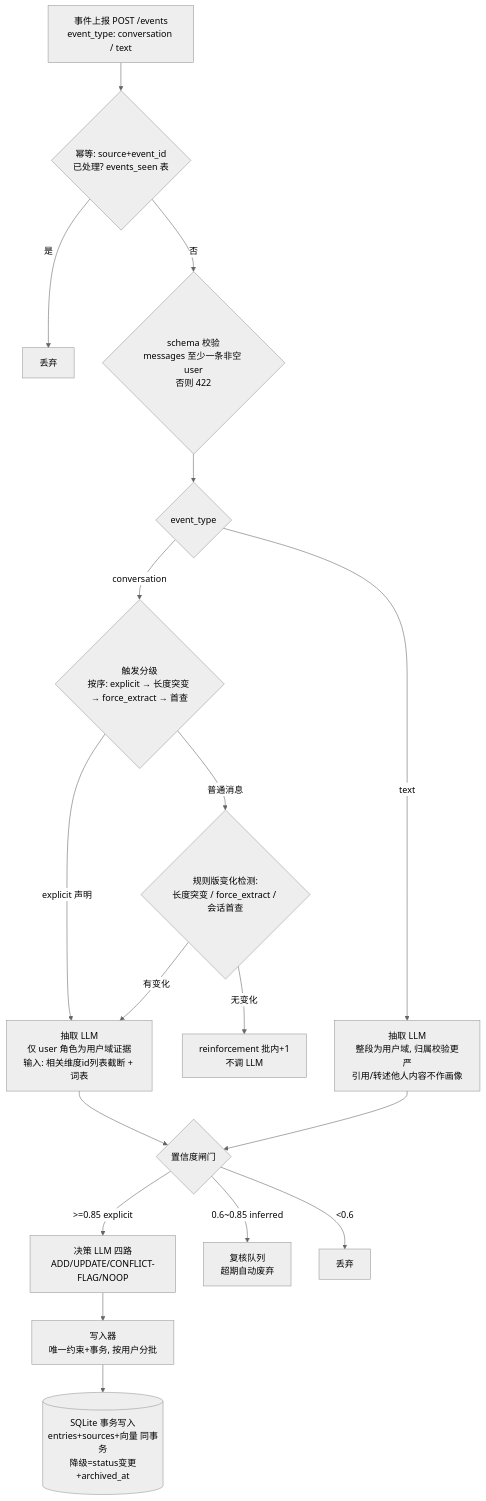
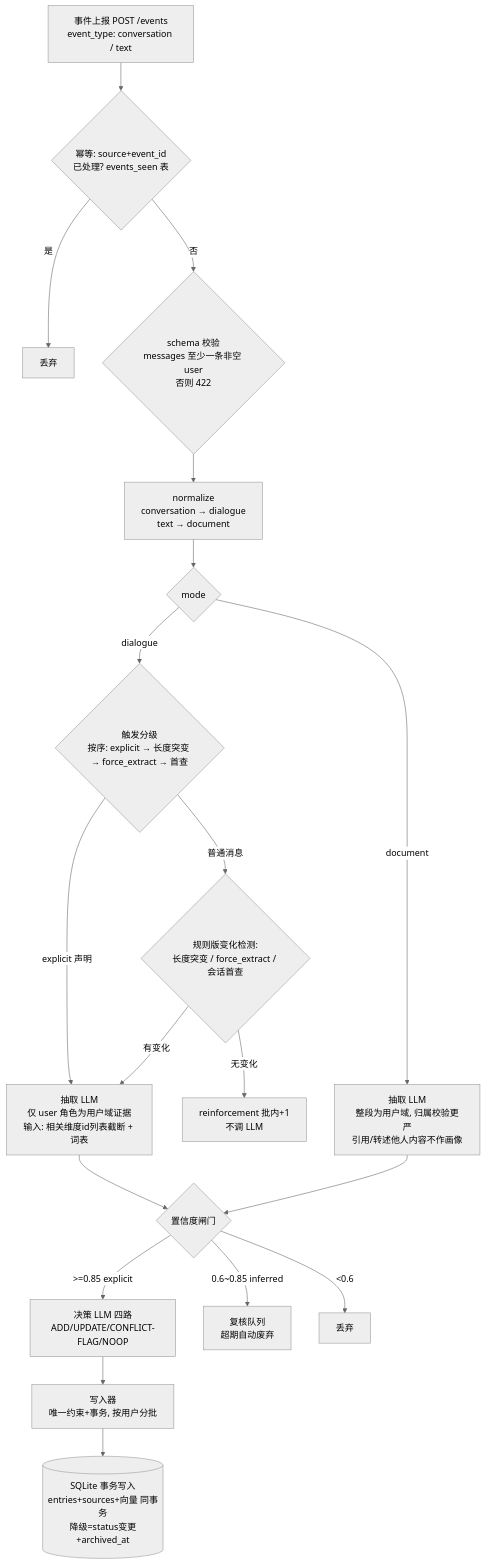
One commit to helyho/pismor changed the second of 3 diagrams in docs/superpowers/specs/2026-11-23-user-profile-memory-design.md. Above: the diagram before and after it, drawn with Mermaid (neutral theme). The commit also changed other lines of this file and 1 other file, not shown here.

Commit message:
docs: 同步 B 层事件规范化到模块表与管线图
- Introduce 模块表新增 normalize.py，trigger/extractor 改为 dialogue/document 口径
- 修正模块表把 runner.py 误写为 pipeline.py
- 主设计文档 §10 流程图插入 normalize → mode 节点，关键机制补内部事件视图说明

````diff
--- a/docs/superpowers/specs/2026-11-23-user-profile-memory-design.md
+++ b/docs/superpowers/specs/2026-11-23-user-profile-memory-design.md
@@ -351,20 +351,21 @@
 ```mermaid
 flowchart TD
     A[事件上报 POST /events<br/>event_type: conversation / text] --> B{幂等: source+event_id<br/>已处理? events_seen 表}
     B -->|是| Z[丢弃]
     B -->|否| V{schema 校验<br/>messages 至少一条非空 user<br/>否则 422}
-    V --> T0{event_type}
-    T0 -->|conversation| C{触发分级<br/>按序: explicit → 长度突变 → force_extract → 首查}
+    V --> N[normalize<br/>conversation → dialogue<br/>text → document]
+    N --> T0{mode}
+    T0 -->|dialogue| C{触发分级<br/>按序: explicit → 长度突变 → force_extract → 首查}
     C -->|explicit 声明| E
     C -->|普通消息| D{规则版变化检测:<br/>长度突变 / force_extract / 会话首查}
     D -->|无变化| F[reinforcement 批内+1<br/>不调 LLM]
     D -->|有变化| E[抽取 LLM<br/>仅 user 角色为用户域证据<br/>输入: 相关维度id列表截断 + 词表]
-    T0 -->|text| E2[抽取 LLM<br/>整段为用户域, 归属校验更严<br/>引用/转述他人内容不作画像]
+    T0 -->|document| E2[抽取 LLM<br/>整段为用户域, 归属校验更严<br/>引用/转述他人内容不作画像]
     E --> G{置信度闸门}
     E2 --> G
     G -->|>=0.85 explicit| H[决策]
     G -->|0.6~0.85 inferred| R[复核队列<br/>超期自动废弃]
     G -->|<0.6| X[丢弃]
     H[决策 LLM 四路<br/>ADD/UPDATE/CONFLICT-FLAG/NOOP] --> I[写入器<br/>唯一约束+事务, 按用户分批]
     I --> J[(SQLite 事务写入<br/>entries+sources+向量 同事务<br/>降级=status变更+archived_at)]
 ```
````
